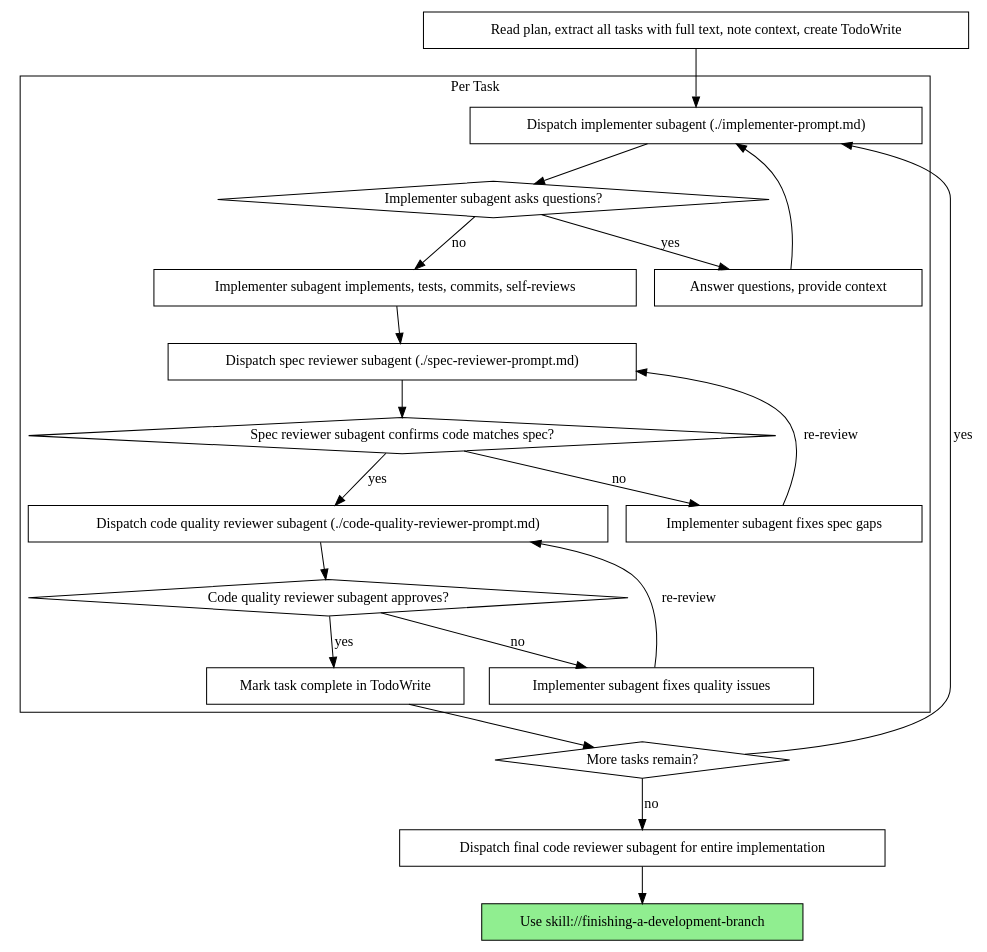
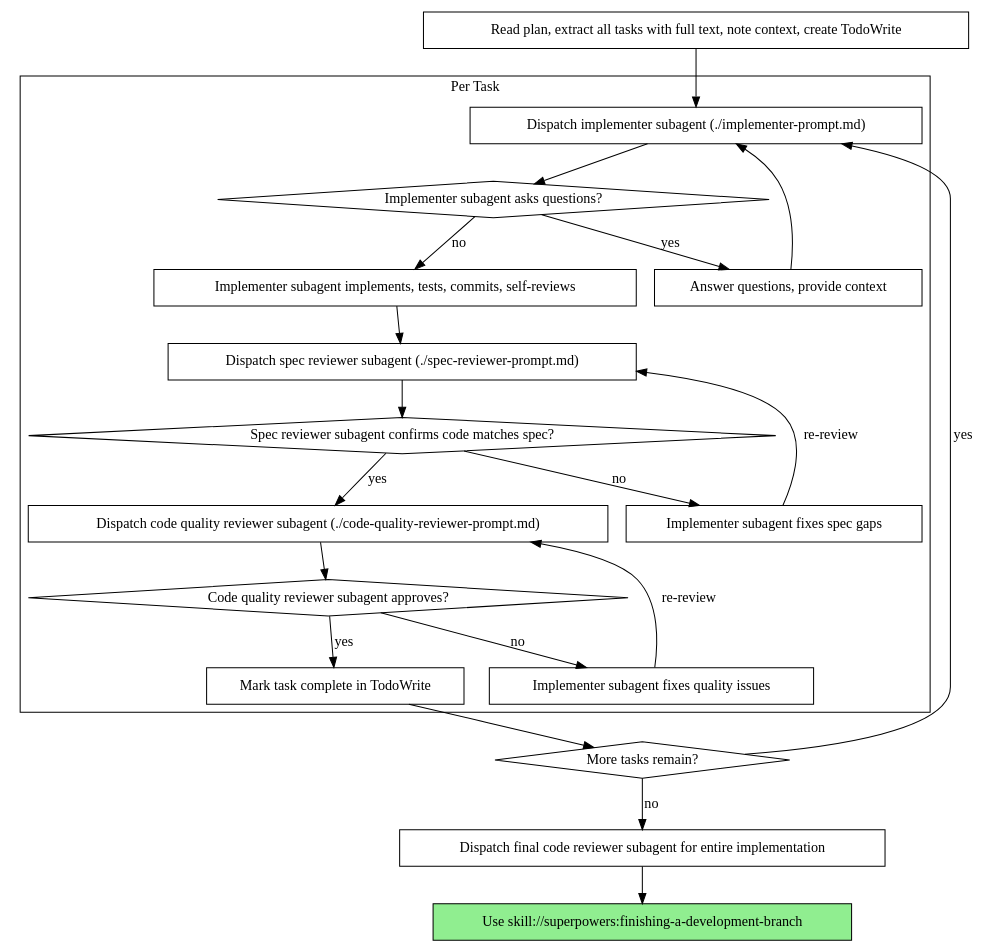
One commit to glockyco/superpowers changed the second of 2 diagrams in skills/subagent-driven-development/SKILL.md. Above: the diagram before and after it, drawn with Graphviz. The commit also changed other lines of this file and 16 other files, not shown here.

````diff
--- a/skills/subagent-driven-development/SKILL.md
+++ b/skills/subagent-driven-development/SKILL.md
@@ -42,44 +42,44 @@
 ```dot
 digraph process {
     rankdir=TB;
 
     subgraph cluster_per_task {
         label="Per Task";
         "Dispatch implementer subagent (./implementer-prompt.md)" [shape=box];
         "Implementer subagent asks questions?" [shape=diamond];
         "Answer questions, provide context" [shape=box];
         "Implementer subagent implements, tests, commits, self-reviews" [shape=box];
         "Dispatch spec reviewer subagent (./spec-reviewer-prompt.md)" [shape=box];
         "Spec reviewer subagent confirms code matches spec?" [shape=diamond];
         "Implementer subagent fixes spec gaps" [shape=box];
         "Dispatch code quality reviewer subagent (./code-quality-reviewer-prompt.md)" [shape=box];
         "Code quality reviewer subagent approves?" [shape=diamond];
         "Implementer subagent fixes quality issues" [shape=box];
         "Mark task complete in TodoWrite" [shape=box];
     }
 
     "Read plan, extract all tasks with full text, note context, create TodoWrite" [shape=box];
     "More tasks remain?" [shape=diamond];
     "Dispatch final code reviewer subagent for entire implementation" [shape=box];
-    "Use skill://finishing-a-development-branch" [shape=box style=filled fillcolor=lightgreen];
+    "Use skill://superpowers:finishing-a-development-branch" [shape=box style=filled fillcolor=lightgreen];
 
     "Read plan, extract all tasks with full text, note context, create TodoWrite" -> "Dispatch implementer subagent (./implementer-prompt.md)";
     "Dispatch implementer subagent (./implementer-prompt.md)" -> "Implementer subagent asks questions?";
     "Implementer subagent asks questions?" -> "Answer questions, provide context" [label="yes"];
     "Answer questions, provide context" -> "Dispatch implementer subagent (./implementer-prompt.md)";
     "Implementer subagent asks questions?" -> "Implementer subagent implements, tests, commits, self-reviews" [label="no"];
     "Implementer subagent implements, tests, commits, self-reviews" -> "Dispatch spec reviewer subagent (./spec-reviewer-prompt.md)";
     "Dispatch spec reviewer subagent (./spec-reviewer-prompt.md)" -> "Spec reviewer subagent confirms code matches spec?";
     "Spec reviewer subagent confirms code matches spec?" -> "Implementer subagent fixes spec gaps" [label="no"];
     "Implementer subagent fixes spec gaps" -> "Dispatch spec reviewer subagent (./spec-reviewer-prompt.md)" [label="re-review"];
     "Spec reviewer subagent confirms code matches spec?" -> "Dispatch code quality reviewer subagent (./code-quality-reviewer-prompt.md)" [label="yes"];
     "Dispatch code quality reviewer subagent (./code-quality-reviewer-prompt.md)" -> "Code quality reviewer subagent approves?";
     "Code quality reviewer subagent approves?" -> "Implementer subagent fixes quality issues" [label="no"];
     "Implementer subagent fixes quality issues" -> "Dispatch code quality reviewer subagent (./code-quality-reviewer-prompt.md)" [label="re-review"];
     "Code quality reviewer subagent approves?" -> "Mark task complete in TodoWrite" [label="yes"];
     "Mark task complete in TodoWrite" -> "More tasks remain?";
     "More tasks remain?" -> "Dispatch implementer subagent (./implementer-prompt.md)" [label="yes"];
     "More tasks remain?" -> "Dispatch final code reviewer subagent for entire implementation" [label="no"];
-    "Dispatch final code reviewer subagent for entire implementation" -> "Use skill://finishing-a-development-branch";
+    "Dispatch final code reviewer subagent for entire implementation" -> "Use skill://superpowers:finishing-a-development-branch";
 }
 ```
````
